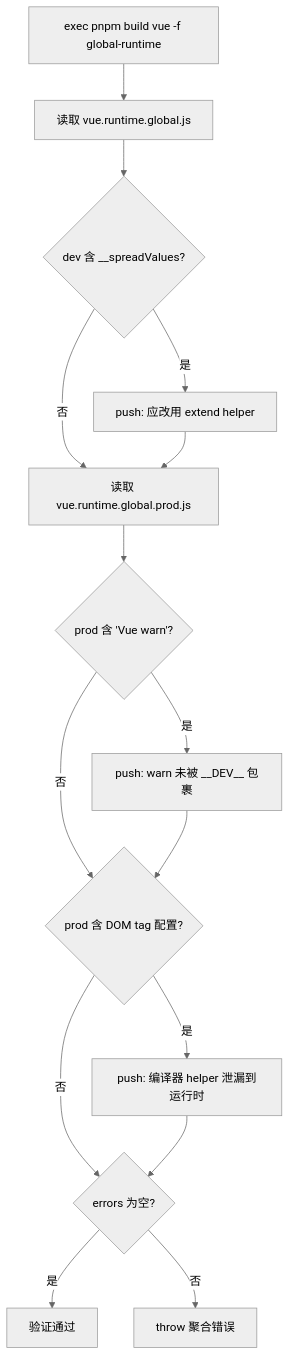
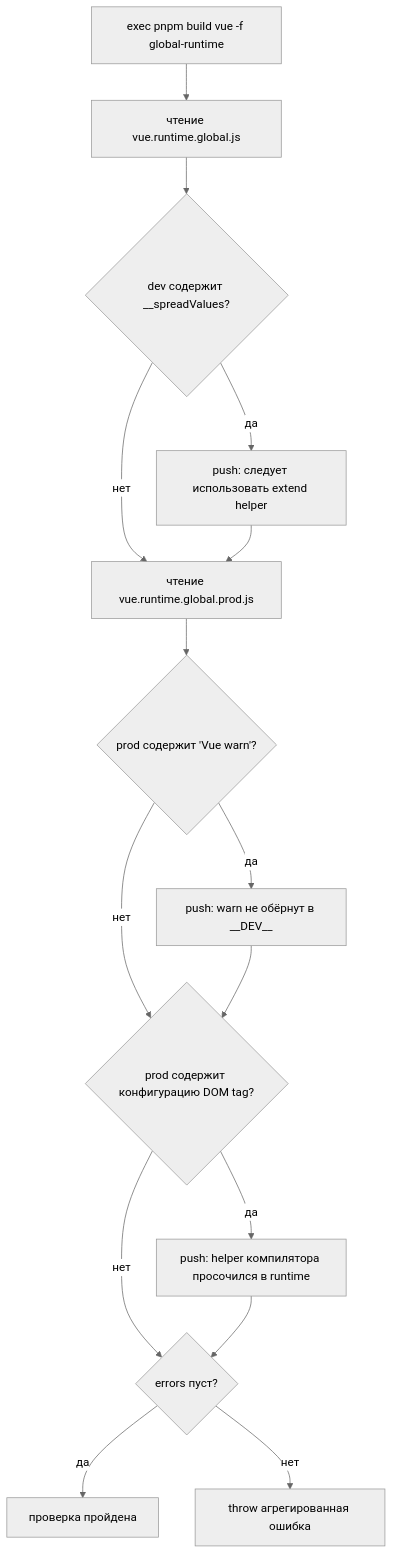
One commit to maleRjc/AiReadCodeBooks changed the second of 2 diagrams in books/vue3/ru/04-tree-shaking-and-typing.md. Above: the diagram before and after it, drawn with Mermaid (neutral theme). The commit also changed other lines of this file and 74 other files, not shown here.

````diff
--- a/books/vue3/ru/04-tree-shaking-and-typing.md
+++ b/books/vue3/ru/04-tree-shaking-and-typing.md
@@ -106,17 +106,17 @@
 ```mermaid
 flowchart TD
-    build["exec pnpm build vue -f global-runtime"] --> readDev["读取 vue.runtime.global.js"]
-    readDev --> c1{"dev 含 __spreadValues?"}
-    c1 -->|是| e1["push: 应改用 extend helper"]
-    c1 -->|否| readProd["读取 vue.runtime.global.prod.js"]
+    build["exec pnpm build vue -f global-runtime"] --> readDev["чтение vue.runtime.global.js"]
+    readDev --> c1{"dev содержит __spreadValues?"}
+    c1 -->|да| e1["push: следует использовать extend helper"]
+    c1 -->|нет| readProd["чтение vue.runtime.global.prod.js"]
     e1 --> readProd
-    readProd --> c2{"prod 含 'Vue warn'?"}
-    c2 -->|是| e2["push: warn 未被 __DEV__ 包裹"]
-    c2 -->|否| c3{"prod 含 DOM tag 配置?"}
+    readProd --> c2{"prod содержит 'Vue warn'?"}
+    c2 -->|да| e2["push: warn не обёрнут в __DEV__"]
+    c2 -->|нет| c3{"prod содержит конфигурацию DOM tag?"}
     e2 --> c3
-    c3 -->|是| e3["push: 编译器 helper 泄漏到运行时"]
-    c3 -->|否| done{"errors 为空?"}
+    c3 -->|да| e3["push: helper компилятора просочился в runtime"]
+    c3 -->|нет| done{"errors пуст?"}
     e3 --> done
-    done -->|是| pass["验证通过"]
-    done -->|否| fail["throw 聚合错误"]
+    done -->|да| pass["проверка пройдена"]
+    done -->|нет| fail["throw агрегированная ошибка"]
 ```
````
